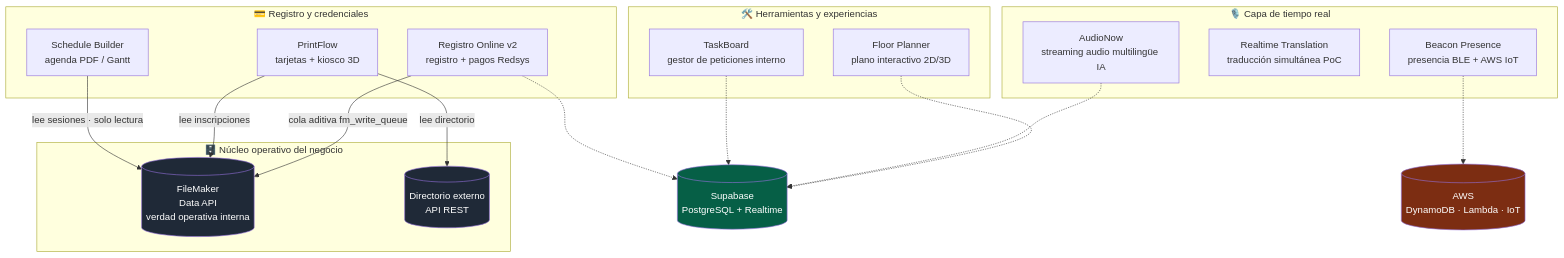
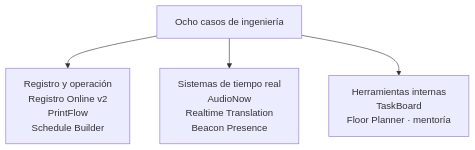
One commit to aleglope/production-systems-case-studies changed the diagram in README.es.md. Above: the diagram before and after it, drawn with Mermaid. The commit also changed other lines of this file and 25 other files, not shown here.

````diff
--- a/README.es.md
+++ b/README.es.md
@@ -36,39 +39,7 @@
 ```mermaid
 flowchart TB
-    subgraph CORE["🗄️ Núcleo operativo del negocio"]
-        FM[("FileMaker<br/>Data API<br/>verdad operativa interna")]
-        HEL[("Directorio externo<br/>API REST")]
-    end
-
-    subgraph REG["💳 Registro y credenciales"]
-        IO["Registro Online v2<br/>registro + pagos Redsys"]
-        BF["PrintFlow<br/>tarjetas + kiosco 3D"]
-        PW["Schedule Builder<br/>agenda PDF / Gantt"]
-    end
-
-    subgraph LIVE["🎙️ Capa de tiempo real"]
-        AN["AudioNow<br/>streaming audio multilingüe IA"]
-        CT["Realtime Translation<br/>traducción simultánea PoC"]
-        BA["Beacon Presence<br/>presencia BLE + AWS IoT"]
-    end
-
-    subgraph INTERNAL["🛠️ Herramientas y experiencias"]
-        SC["Floor Planner<br/>plano interactivo 2D/3D"]
-        LT["TaskBoard<br/>gestor de peticiones interno"]
-    end
-
-    IO -- "cola aditiva fm_write_queue" --> FM
-    BF -- "lee inscripciones" --> FM
-    BF -- "lee directorio" --> HEL
-    PW -- "lee sesiones · solo lectura" --> FM
-    SC -.-> SUPA[("Supabase<br/>PostgreSQL + Realtime")]
-    AN -.-> SUPA
-    LT -.-> SUPA
-    IO -.-> SUPA
-    BA -.-> AWS[("AWS<br/>DynamoDB · Lambda · IoT")]
-
-    style FM fill:#1f2937,color:#fff
-    style HEL fill:#1f2937,color:#fff
-    style SUPA fill:#065f46,color:#fff
-    style AWS fill:#7c2d12,color:#fff
+    A["Ocho casos de ingeniería"]
+    A --> R["Registro y operación<br/>Registro Online v2<br/>PrintFlow<br/>Schedule Builder"]
+    A --> T["Sistemas de tiempo real<br/>AudioNow<br/>Realtime Translation<br/>Beacon Presence"]
+    A --> I["Herramientas internas<br/>TaskBoard<br/>Floor Planner · mentoría"]
 ```
````
